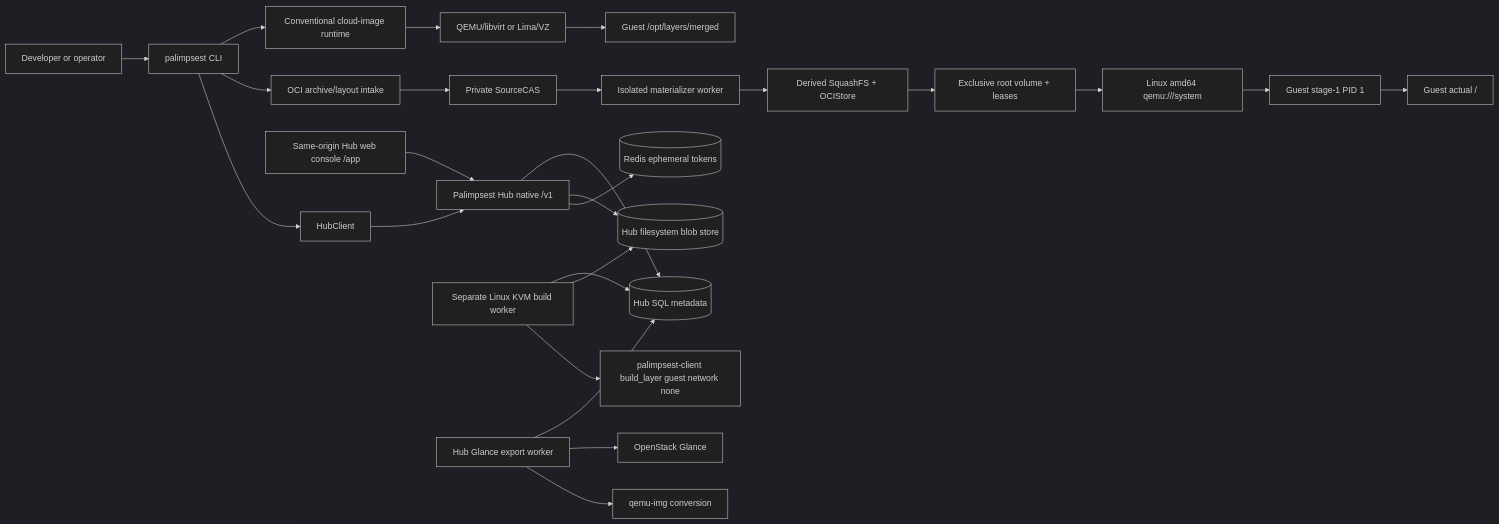
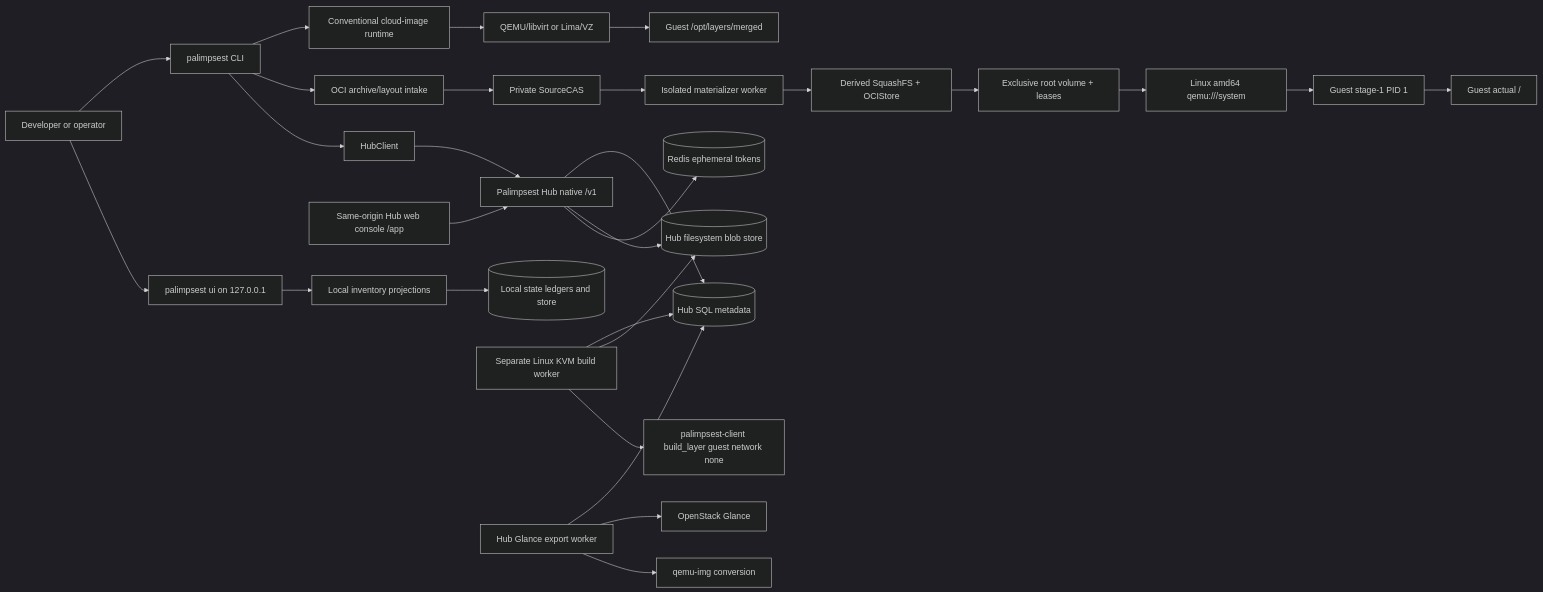
The diagram in ARCHITECTURE.md (openstack-afterglow/palimpsest), drawn with Mermaid (dark theme) before and after one commit. The commit also changed other lines of this file and 75 other files, not shown here.

````diff
--- a/ARCHITECTURE.md
+++ b/ARCHITECTURE.md
@@ -242,29 +243,32 @@
 ```mermaid
 flowchart LR
     user[Developer or operator] --> cli[palimpsest CLI]
     cli --> conventional[Conventional cloud-image runtime]
     conventional --> hypervisor[QEMU/libvirt or Lima/VZ]
     hypervisor --> merged[Guest /opt/layers/merged]
 
     cli --> intake[OCI archive/layout intake]
     intake --> source[Private SourceCAS]
     source --> convert[Isolated materializer worker]
     convert --> derived[Derived SquashFS + OCIStore]
     derived --> rootprep[Exclusive root volume + leases]
     rootprep --> ocihost[Linux amd64 qemu:///system]
     ocihost --> stage1[Guest stage-1 PID 1]
     stage1 --> slash[Guest actual /]
 
+    user --> localui[palimpsest ui on 127.0.0.1]
+    localui --> localinv[Local inventory projections]
+    localinv --> localstate[(Local state ledgers and store)]
     browser[Same-origin Hub web console /app] --> hubapi
     cli --> hubclient[HubClient]
     hubclient --> hubapi[Palimpsest Hub native /v1]
     hubapi --> hubsql[(Hub SQL metadata)]
     hubapi --> hubblob[(Hub filesystem blob store)]
     hubapi --> hubredis[(Redis ephemeral tokens)]
     hubbuild[Separate Linux KVM build worker] --> hubsql
     hubbuild --> hubblob
     hubbuild --> guestbuild[palimpsest-client build_layer guest network none]
     hubworker[Hub Glance export worker] --> hubsql
     hubworker --> glance[OpenStack Glance]
     hubworker --> qemuimg[qemu-img conversion]
 ```
````
